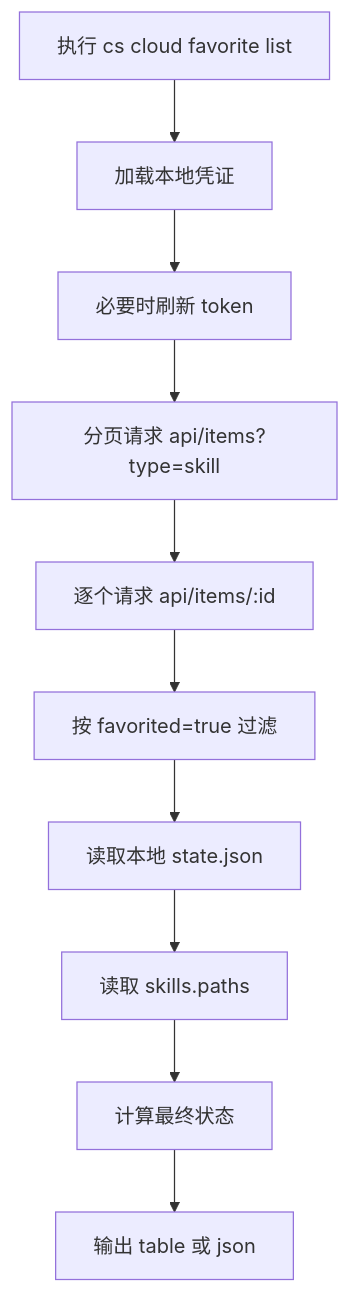
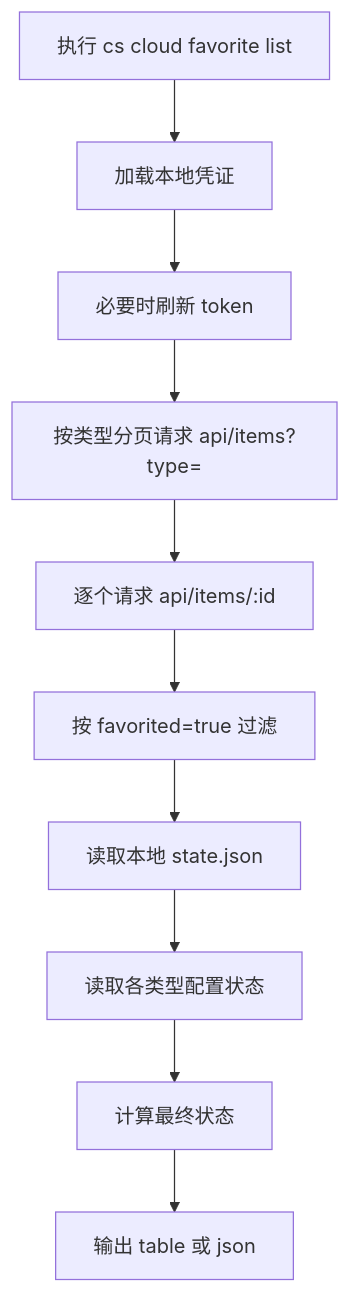
The first of 2 diagrams in docs/cloud-favorite-design.md (xhl040706-cloud/opencode), drawn with Mermaid before and after one commit. The commit also changed other lines of this file and 4 other files, not shown here.

First line of the commit message:
feat(cloud-favorite): add multi-type support for favorite items

````diff
--- a/docs/cloud-favorite-design.md
+++ b/docs/cloud-favorite-design.md
@@ -543,12 +651,12 @@
 ```mermaid
 flowchart TD
     A["执行 cs cloud favorite list"] --> B["加载本地凭证"]
     B --> C["必要时刷新 token"]
-    C --> D["分页请求 api/items?type=skill"]
+    C --> D["按类型分页请求 api/items?type=<storeType>"]
     D --> E["逐个请求 api/items/:id"]
     E --> F["按 favorited=true 过滤"]
     F --> G["读取本地 state.json"]
-    G --> H["读取 skills.paths"]
+    G --> H["读取各类型配置状态"]
     H --> I["计算最终状态"]
     I --> J["输出 table 或 json"]
 ```
````
